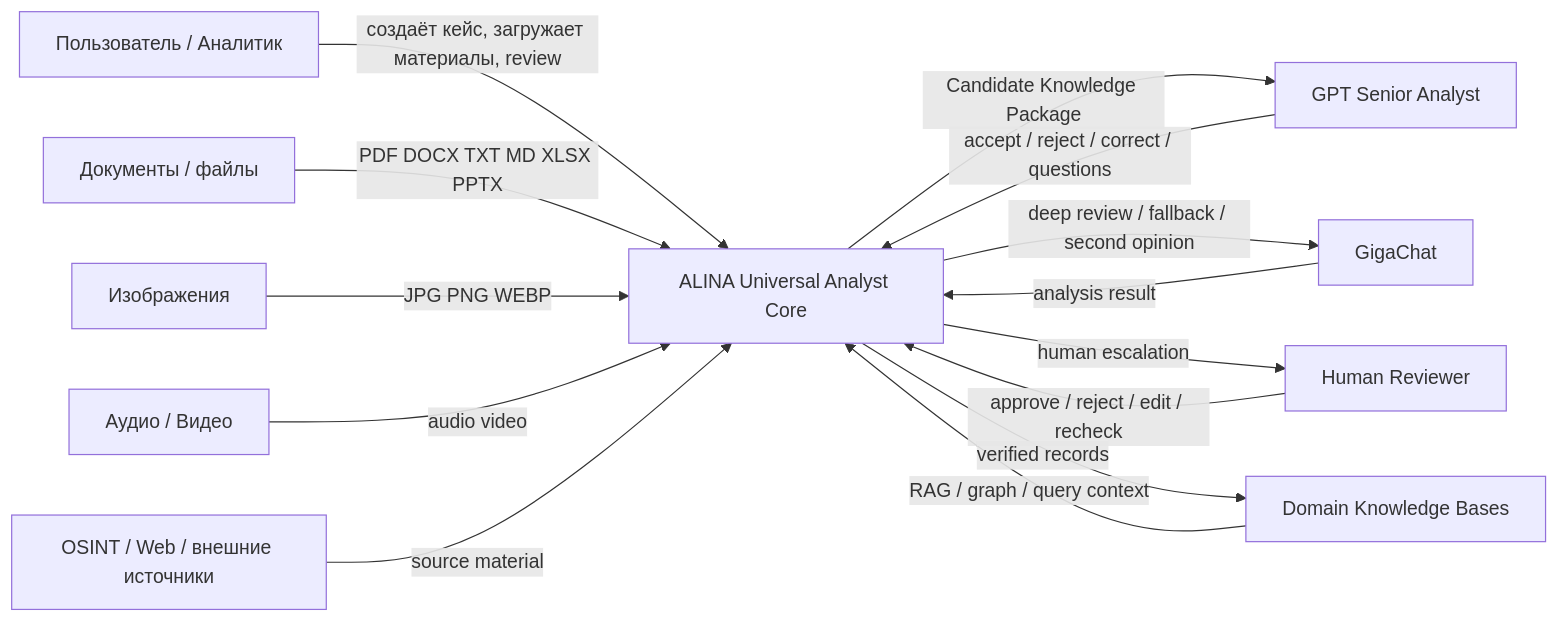
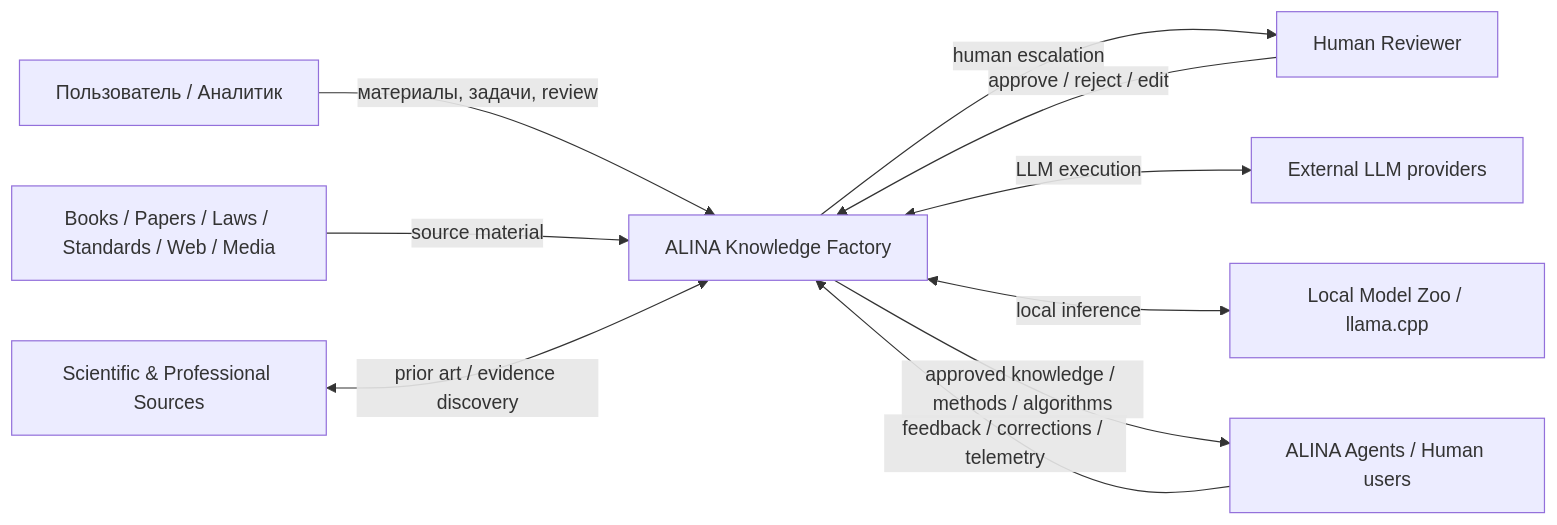
The first of 10 diagrams in DZ_17/C4_ARCHITECTURE.md (VictorKVS/Vibe-coding), drawn with Mermaid before and after one commit. The commit also changed other lines of this file, not shown here.

Commit message:
design(dz17): align C4 with Knowledge Factory data and security model

````diff
--- a/DZ_17/C4_ARCHITECTURE.md
+++ b/DZ_17/C4_ARCHITECTURE.md
@@ -34,21 +42,16 @@
 ```mermaid
 flowchart LR
-    U[Пользователь / Аналитик] -->|создаёт кейс, загружает материалы, review| A[ALINA Universal Analyst Core]
+    U[Пользователь / Аналитик] -->|материалы, задачи, review| A[ALINA Knowledge Factory]
 
-    S1[Документы / файлы] -->|PDF DOCX TXT MD XLSX PPTX| A
-    S2[Изображения] -->|JPG PNG WEBP| A
-    S3[Аудио / Видео] -->|audio video| A
-    S4[OSINT / Web / внешние источники] -->|source material| A
-
-    A -->|Candidate Knowledge Package| GPT[GPT Senior Analyst]
-    GPT -->|accept / reject / correct / questions| A
-
-    A -->|deep review / fallback / second opinion| GIGA[GigaChat]
-    GIGA -->|analysis result| A
+    SRC[Books / Papers / Laws / Standards / Web / Media] -->|source material| A
+    SCI[Scientific & Professional Sources] <-->|prior art / evidence discovery| A
 
     A -->|human escalation| H[Human Reviewer]
-    H -->|approve / reject / edit / recheck| A
+    H -->|approve / reject / edit| A
 
-    A -->|verified records| KB[Domain Knowledge Bases]
-    KB -->|RAG / graph / query context| A
+    A <-->|LLM execution| EXT[External LLM providers]
+    A <-->|local inference| LOC[Local Model Zoo / llama.cpp]
+
+    A -->|approved knowledge / methods / algorithms| AG[ALINA Agents / Human users]
+    AG -->|feedback / corrections / telemetry| A
 ```
````
